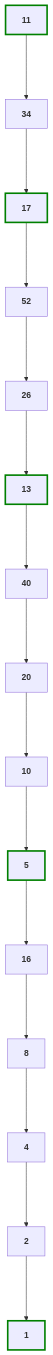
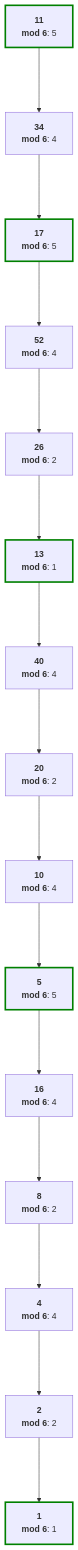
The diagram in mermaid_graphs/11.mmd (RoybOG/Collatz), drawn with Mermaid before and after one commit. The commit also changed 54 other files, not shown here.

```diff
--- a/mermaid_graphs/11.mmd
+++ b/mermaid_graphs/11.mmd
@@ -1,26 +1,41 @@
 ---
 config:
    flowchart:
     nodeSpacing: 100
     rankSpacing: 120
 ---
 flowchart TD
 classDef red stroke:red,stroke-width: 3px;
 classDef green stroke:green,stroke-width: 3px;
 classDef blue stroke:blue,stroke-width: 3px;
 
-n1["`**1**`"]:::green
-n11["`**11**`"]:::green-->n34
-n34["`**34**`"]-->n17
-n17["`**17**`"]:::green-->n52
-n52["`**52**`"]-->n26
-n26["`**26**`"]-->n13
-n13["`**13**`"]:::green-->n40
-n40["`**40**`"]-->n20
-n20["`**20**`"]-->n10
-n10["`**10**`"]-->n5
-n5["`**5**`"]:::green-->n16
-n16["`**16**`"]-->n8
-n8["`**8**`"]-->n4
-n4["`**4**`"]-->n2
-n2["`**2**`"]-->n1
+n1["`**1**
+**mod 6**: 1`"]:::green
+n11["`**11**
+**mod 6**: 5`"]:::green-->n34
+n34["`**34**
+**mod 6**: 4`"]-->n17
+n17["`**17**
+**mod 6**: 5`"]:::green-->n52
+n52["`**52**
+**mod 6**: 4`"]-->n26
+n26["`**26**
+**mod 6**: 2`"]-->n13
+n13["`**13**
+**mod 6**: 1`"]:::green-->n40
+n40["`**40**
+**mod 6**: 4`"]-->n20
+n20["`**20**
+**mod 6**: 2`"]-->n10
+n10["`**10**
+**mod 6**: 4`"]-->n5
+n5["`**5**
+**mod 6**: 5`"]:::green-->n16
+n16["`**16**
+**mod 6**: 4`"]-->n8
+n8["`**8**
+**mod 6**: 2`"]-->n4
+n4["`**4**
+**mod 6**: 4`"]-->n2
+n2["`**2**
+**mod 6**: 2`"]-->n1
```
